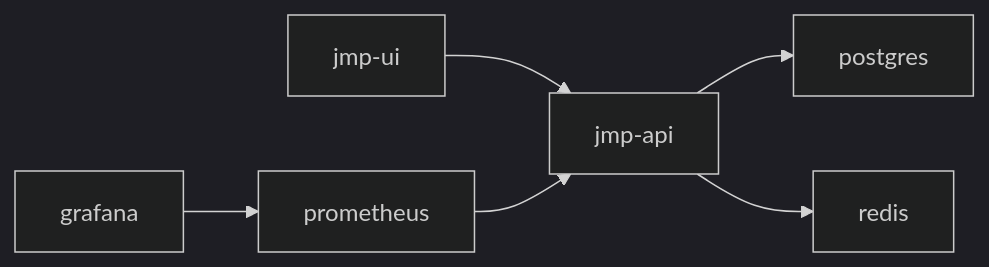
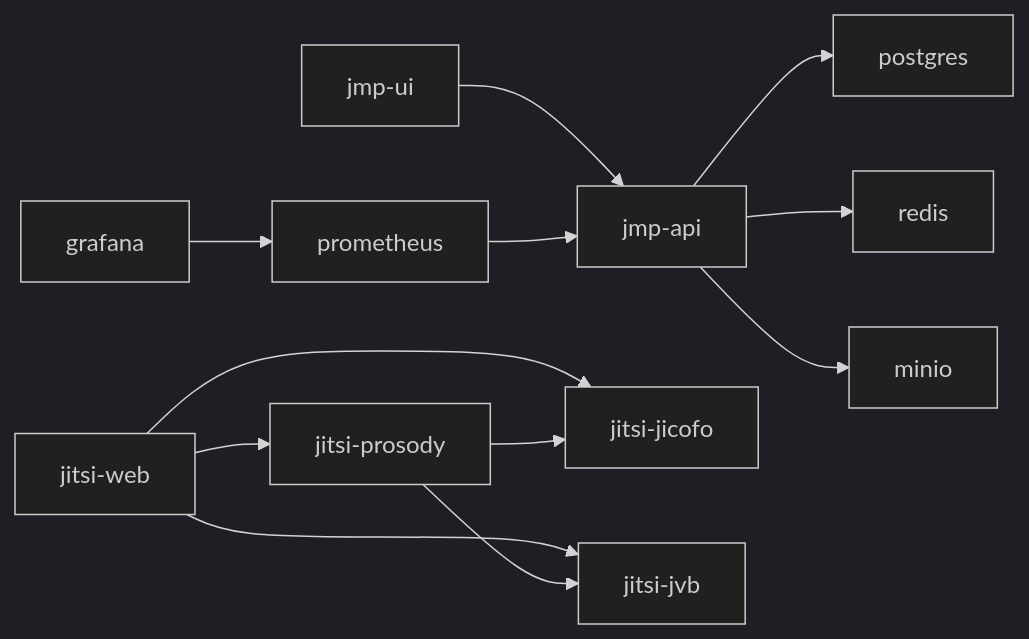
Before and after one commit to Vostrikov2014/vks-qoder: the seventh of 7 diagrams in .qoder/repowiki/en/content/Deployment and DevOps/Deployment and DevOps.md, drawn with Mermaid (dark theme). The commit also changed other lines of this file and 9 other files, not shown here.

````diff
--- a/.qoder/repowiki/en/content/Deployment and DevOps/Deployment and DevOps.md
+++ b/.qoder/repowiki/en/content/Deployment and DevOps/Deployment and DevOps.md
@@ -213,8 +346,14 @@
 ```mermaid
 graph LR
 UI["jmp-ui"] --> API["jmp-api"]
 API --> DB["postgres"]
 API --> RC["redis"]
+API --> MINIO["minio"]
+WEB["jitsi-web"] --> PROSODY["jitsi-prosody"]
+WEB --> JICOFO["jitsi-jicofo"]
+WEB --> JVB["jitsi-jvb"]
+PROSODY --> JICOFO
+PROSODY --> JVB
 PROM["prometheus"] --> API
 GRAF["grafana"] --> PROM
 ```
````
